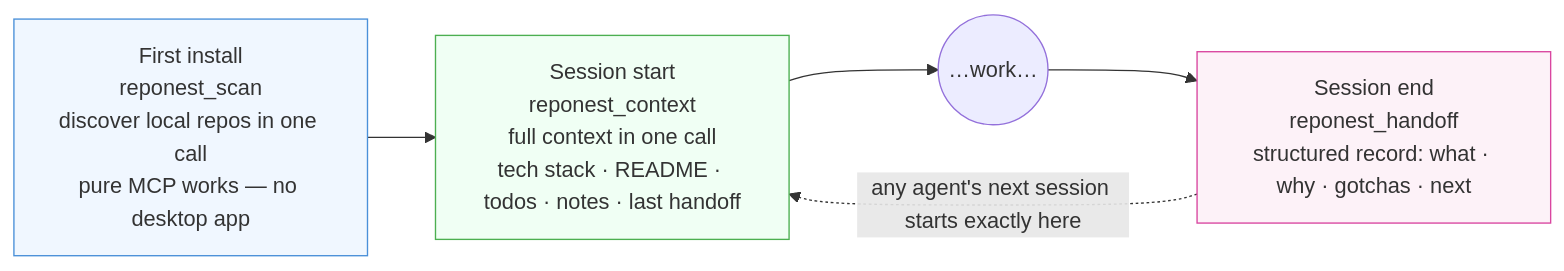
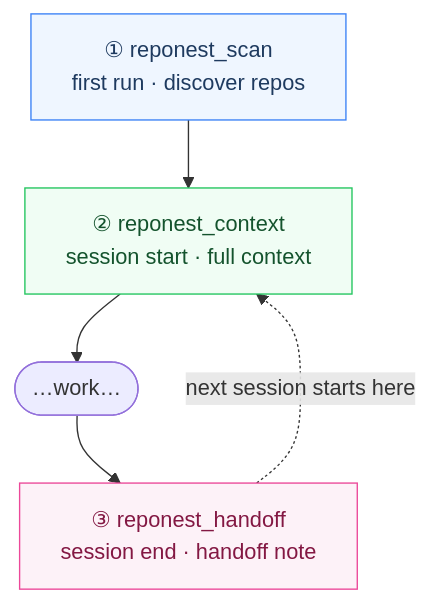
One commit to sky-jiangcheng/RepoNest changed the first of 2 diagrams in README.md. Above: the diagram before and after it, drawn with Mermaid. The commit also changed 14 other files, not shown here.

First line of the commit message:
docs(diagrams): 全站 mermaid 图重构 — 告别'宽扁香肠'布局

````diff
--- a/README.md
+++ b/README.md
@@ -21,10 +21,13 @@
 ```mermaid
-flowchart LR
-    S[First install<br/>reponest_scan<br/>discover local repos in one call<br/>pure MCP works — no desktop app] --> C[Session start<br/>reponest_context<br/>full context in one call<br/>tech stack · README · todos · notes · last handoff]
-    C --> W((…work…))
-    W --> H[Session end<br/>reponest_handoff<br/>structured record: what · why · gotchas · next]
-    H -. any agent's next session starts exactly here .-> C
-    style S fill:#f0f7ff,stroke:#4a90d9
-    style C fill:#f0fff4,stroke:#4caf50
-    style H fill:#fdf2f8,stroke:#d946a0
+flowchart TB
+    SCAN["① reponest_scan<br/>first run · discover repos"] --> CTX["② reponest_context<br/>session start · full context"]
+    CTX --> WORK(["…work…"])
+    WORK --> HAND["③ reponest_handoff<br/>session end · handoff note"]
+    HAND -.->|"next session starts here"| CTX
+    classDef entry fill:#eff6ff,stroke:#3b82f6,color:#1e3a5f
+    classDef ctx fill:#f0fdf4,stroke:#22c55e,color:#14532d
+    classDef rec fill:#fdf2f8,stroke:#ec4899,color:#831843
+    class SCAN entry
+    class CTX ctx
+    class HAND rec
 ```
````
